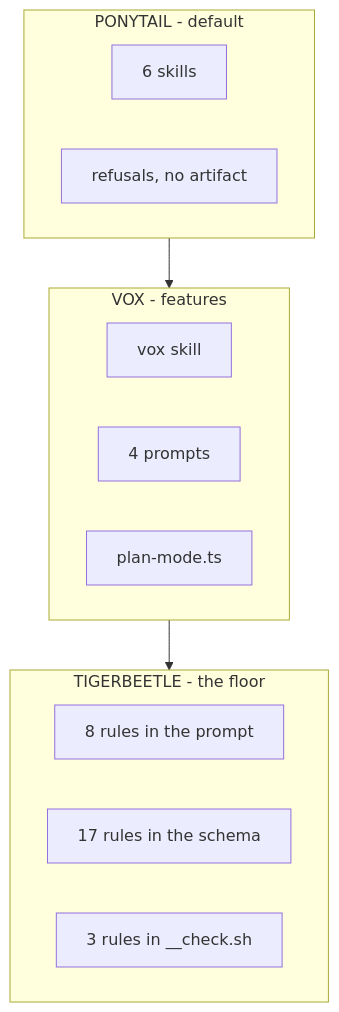
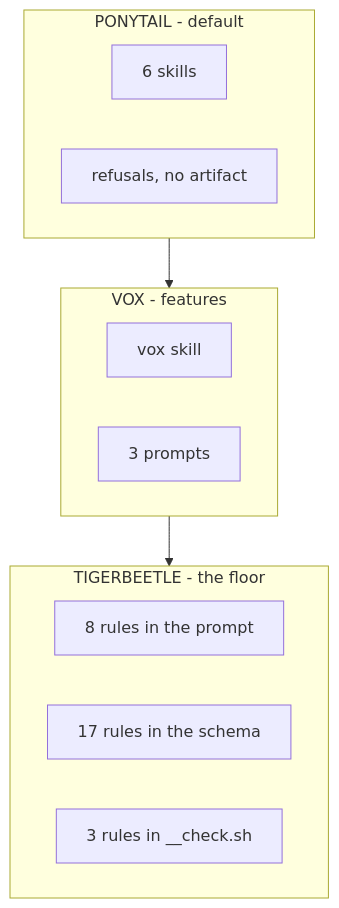
The fourth of 5 diagrams in agent/harness-map.md (sub0xdai/n0x-pi), drawn with Mermaid before and after one commit. The commit also changed other lines of this file and 19 other files, not shown here.

````diff
--- a/agent/harness-map.md
+++ b/agent/harness-map.md
@@ -133,19 +141,18 @@
 ```mermaid
 flowchart TB
     subgraph PO["PONYTAIL - default"]
         P1["6 skills"]
         P2["refusals, no artifact"]
     end
     subgraph VO["VOX - features"]
         V1["vox skill"]
-        V2["4 prompts"]
-        V3["plan-mode.ts"]
+        V2["3 prompts"]
     end
     subgraph TI["TIGERBEETLE - the floor"]
         T1["8 rules in the prompt"]
         T2["17 rules in the schema"]
         T3["3 rules in __check.sh"]
     end
     PO --> VO
     VO --> TI
 ```
````
